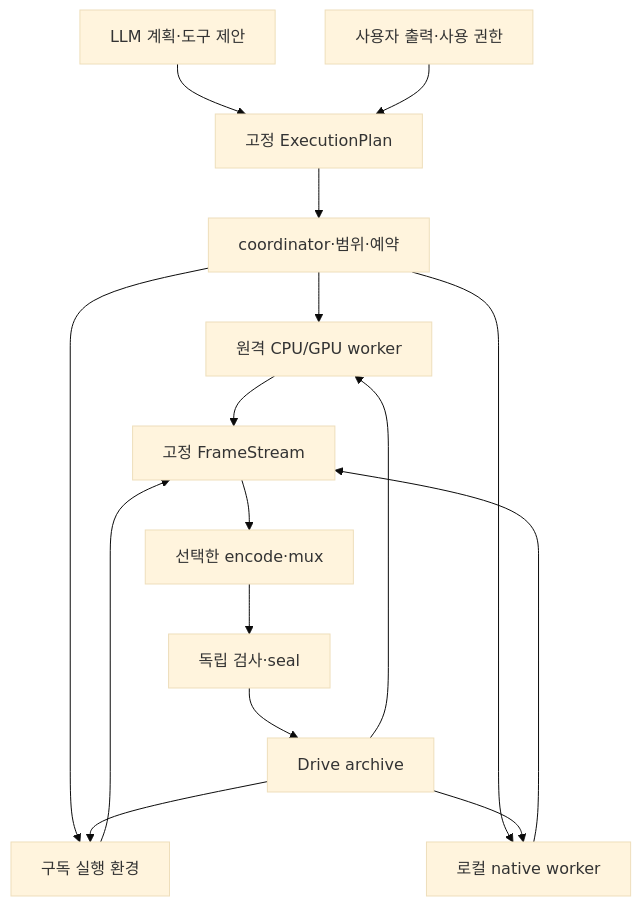
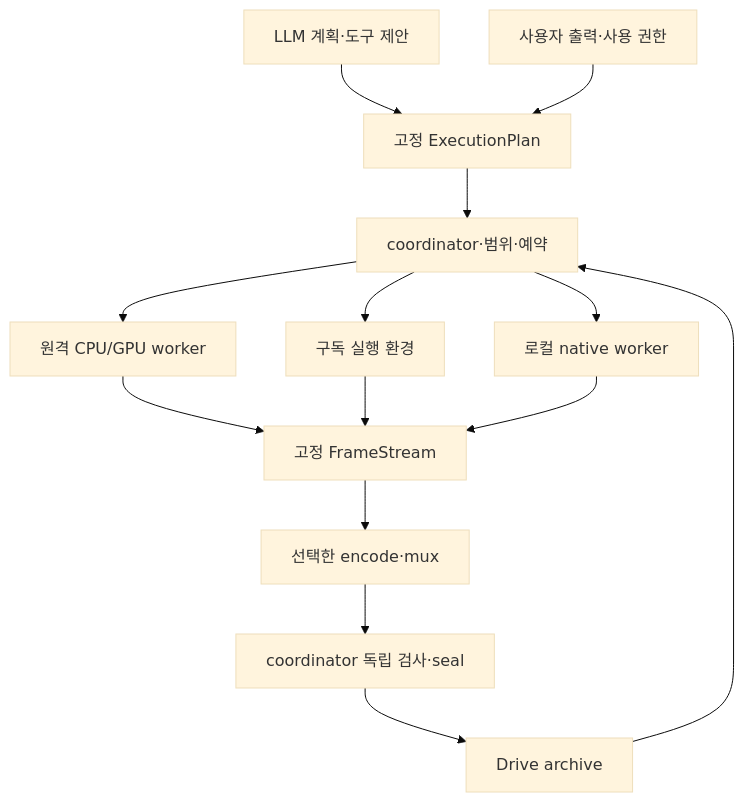
Before and after one commit to SUNBURN-Golden/film-unit-mv-studio: the first of 2 diagrams in docs/FRAME_ANIMATION_V1_EXECUTION_STORAGE_KO.md, drawn with Mermaid (base theme). The commit also changed other lines of this file and 6 other files, not shown here.

Commit message:
docs(film): design relay data flow and verifiable seekable packs

````diff
--- a/docs/FRAME_ANIMATION_V1_EXECUTION_STORAGE_KO.md
+++ b/docs/FRAME_ANIMATION_V1_EXECUTION_STORAGE_KO.md
@@ -93,18 +95,16 @@
 ```mermaid
 flowchart TD
     L["LLM 계획·도구 제안"] --> P["고정 ExecutionPlan"]
     U["사용자 출력·사용 권한"] --> P
     P --> C["coordinator·범위·예약"]
     C --> R["원격 CPU/GPU worker"]
     C --> S["구독 실행 환경"]
     C --> N["로컬 native worker"]
-    D["Drive archive"] --> R
-    D --> S
-    D --> N
+    D["Drive archive"] --> C
     R --> F["고정 FrameStream"]
     S --> F
     N --> F
     F --> E["선택한 encode·mux"]
-    E --> V["독립 검사·seal"]
+    E --> V["coordinator 독립 검사·seal"]
     V --> D
 ```
````
